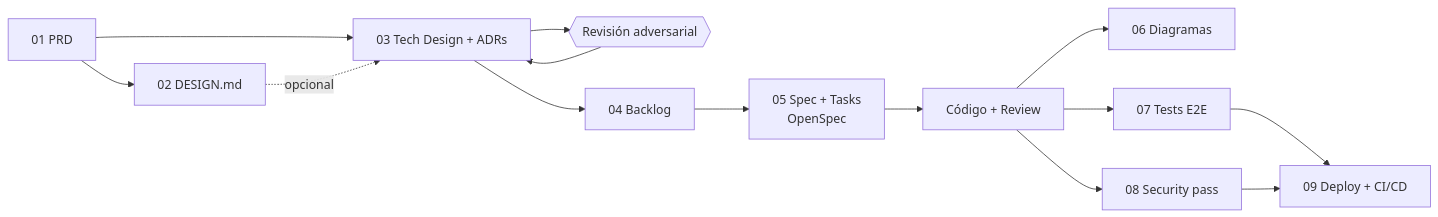
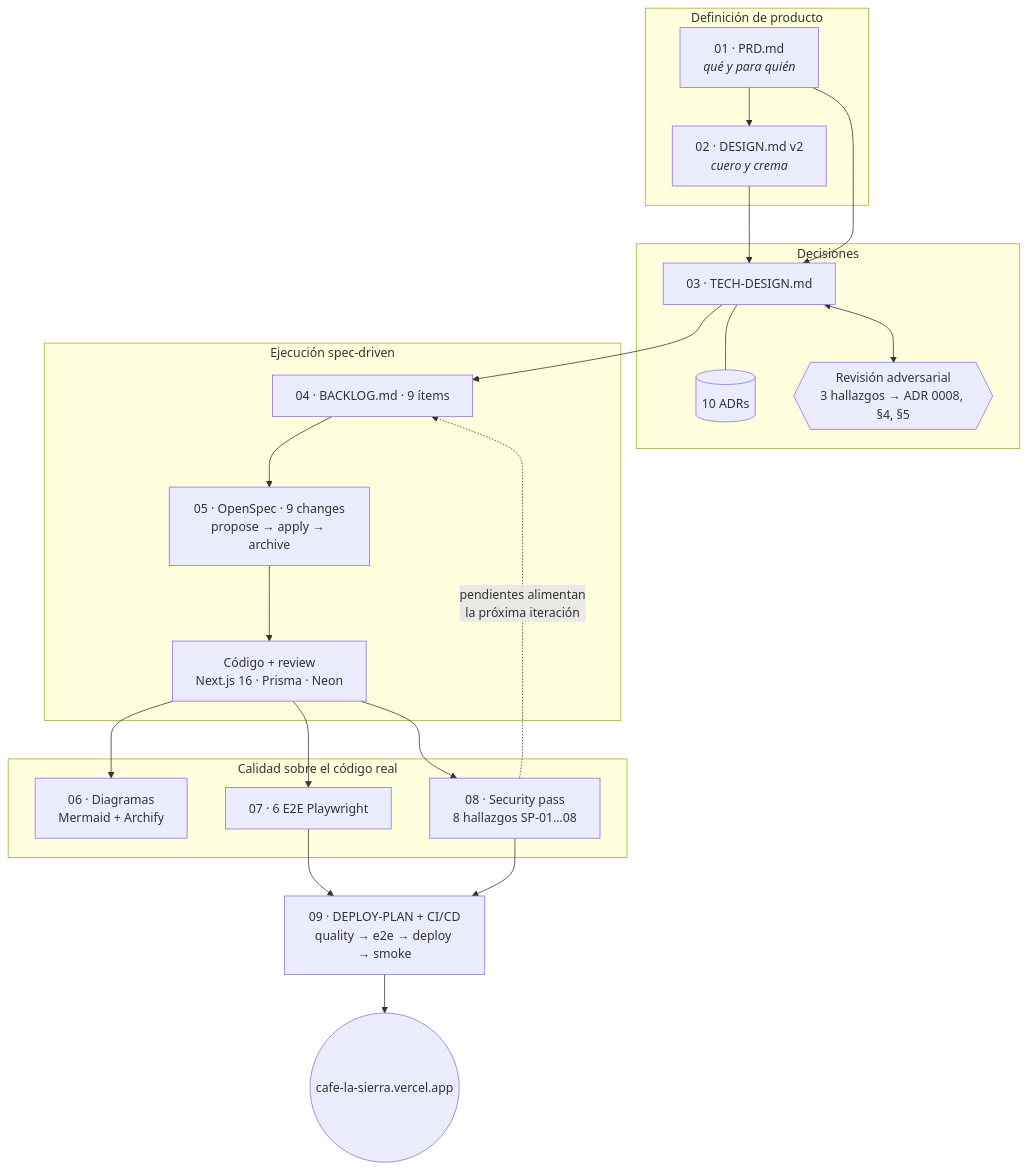
One commit to marbros/cafe-la-sierra changed the diagram in docs/README.md. Above: the diagram before and after it, drawn with Mermaid. The commit also changed other lines of this file and 8 other files, not shown here.

First line of the commit message:
README visual: demo en video (HyperFrames) + diagrama del pipeline (Archify)

````diff
--- a/docs/README.md
+++ b/docs/README.md
@@ -7,16 +10,35 @@
 ```mermaid
-flowchart LR
-    PRD[01 PRD] --> DES[02 DESIGN.md]
-    PRD --> TD[03 Tech Design + ADRs]
-    DES -.opcional.-> TD
-    TD --> REV{{Revisión adversarial}}
-    REV --> TD
-    TD --> BL[04 Backlog]
-    BL --> SDD[05 Spec + Tasks<br/>OpenSpec]
-    SDD --> COD[Código + Review]
-    COD --> DIA[06 Diagramas]
-    COD --> TST[07 Tests E2E]
-    COD --> SEC[08 Security pass]
-    TST --> DEP[09 Deploy + CI/CD]
+flowchart TD
+    subgraph producto [Definición de producto]
+        PRD["01 · PRD.md<br/><i>qué y para quién</i>"]
+        DES["02 · DESIGN.md v2<br/><i>cuero y crema</i>"]
+    end
+    subgraph arquitectura [Decisiones]
+        TD["03 · TECH-DESIGN.md"]
+        ADR[("10 ADRs")]
+        REV{{"Revisión adversarial<br/>3 hallazgos → ADR 0008, §4, §5"}}
+    end
+    subgraph ejecucion [Ejecución spec-driven]
+        BL["04 · BACKLOG.md · 9 ítems"]
+        OS["05 · OpenSpec · 9 changes<br/>propose → apply → archive"]
+        COD["Código + review<br/>Next.js 16 · Prisma · Neon"]
+    end
+    subgraph calidad [Calidad sobre el código real]
+        DIA["06 · Diagramas<br/>Mermaid + Archify"]
+        TST["07 · 6 E2E Playwright"]
+        SEC["08 · Security pass<br/>8 hallazgos SP-01…08"]
+    end
+    DEP["09 · DEPLOY-PLAN + CI/CD<br/>quality → e2e → deploy → smoke"]
+    PROD(("cafe-la-sierra.vercel.app"))
+
+    PRD --> DES --> TD
+    PRD --> TD
+    TD <--> REV
+    TD --- ADR
+    TD --> BL --> OS --> COD
+    COD --> DIA & TST & SEC
+    SEC -. "pendientes alimentan<br/>la próxima iteración" .-> BL
+    TST --> DEP
     SEC --> DEP
+    DEP --> PROD
 ```
````
